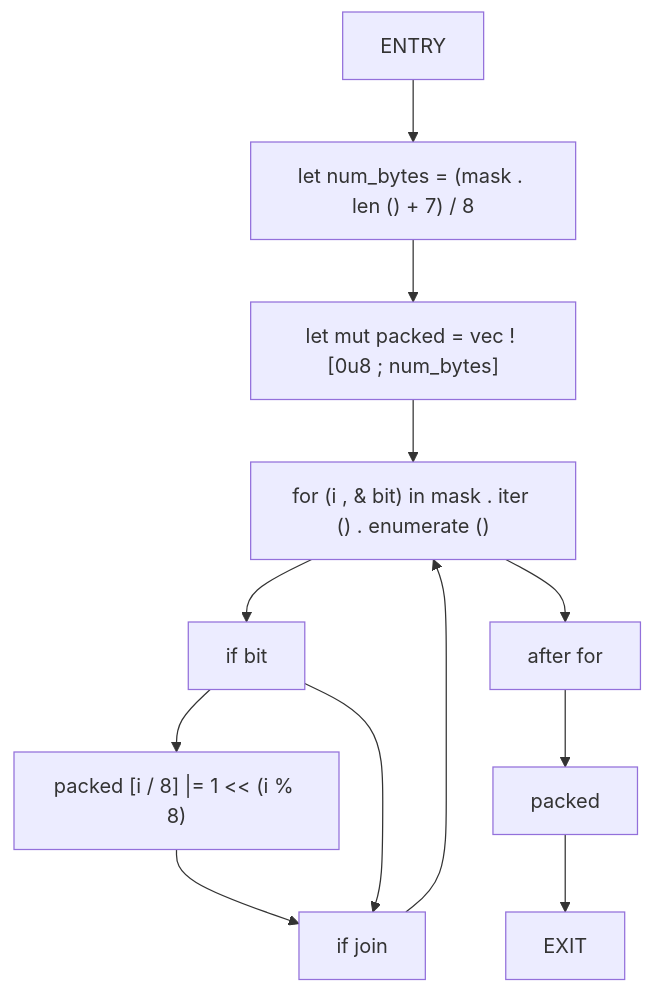
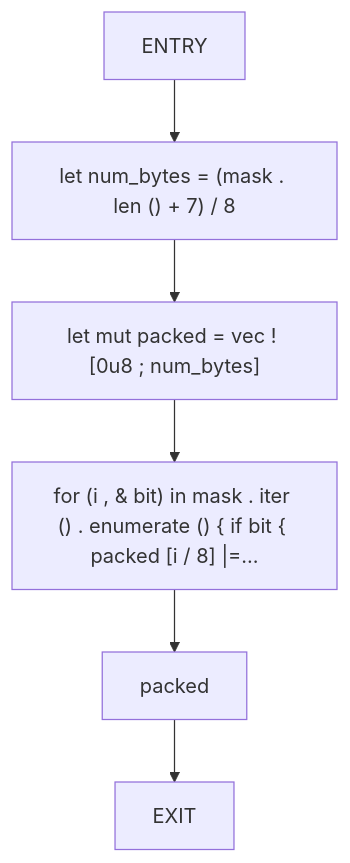
Before and after one commit to cicero-violate/MMSB: the third of 40 diagrams in docs/analysis/cfg/010-src-01_page.md, drawn with Mermaid. The commit also changed other lines of this file and 865 other files, not shown here.

````diff
--- a/docs/analysis/cfg/010-src-01_page.md
+++ b/docs/analysis/cfg/010-src-01_page.md
@@ -66,24 +60,14 @@
 ```mermaid
 flowchart TD
     bitpack_mask_0["ENTRY"]
     bitpack_mask_1["let num_bytes = (mask . len () + 7) / 8"]
     bitpack_mask_2["let mut packed = vec ! [0u8 ; num_bytes]"]
-    bitpack_mask_3["for (i , & bit) in mask . iter () . enumerate ()"]
-    bitpack_mask_4["if bit"]
-    bitpack_mask_5["packed [i / 8] |= 1 << (i % 8)"]
-    bitpack_mask_6["if join"]
-    bitpack_mask_7["after for"]
-    bitpack_mask_8["packed"]
-    bitpack_mask_9["EXIT"]
+    bitpack_mask_3["for (i , & bit) in mask . iter () . enumerate () { if bit { packed [i / 8] |=..."]
+    bitpack_mask_4["packed"]
+    bitpack_mask_5["EXIT"]
     bitpack_mask_0 --> bitpack_mask_1
     bitpack_mask_1 --> bitpack_mask_2
     bitpack_mask_2 --> bitpack_mask_3
     bitpack_mask_3 --> bitpack_mask_4
     bitpack_mask_4 --> bitpack_mask_5
-    bitpack_mask_5 --> bitpack_mask_6
-    bitpack_mask_4 --> bitpack_mask_6
-    bitpack_mask_6 --> bitpack_mask_3
-    bitpack_mask_3 --> bitpack_mask_7
-    bitpack_mask_7 --> bitpack_mask_8
-    bitpack_mask_8 --> bitpack_mask_9
 ```
````
